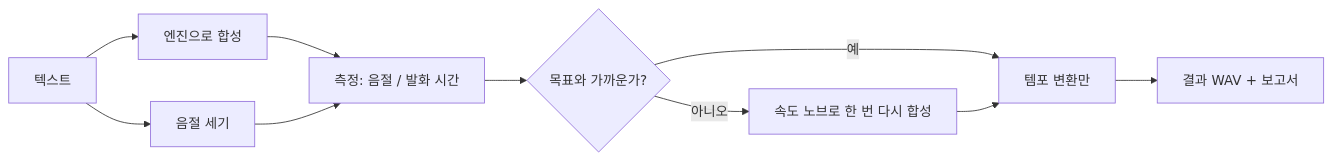
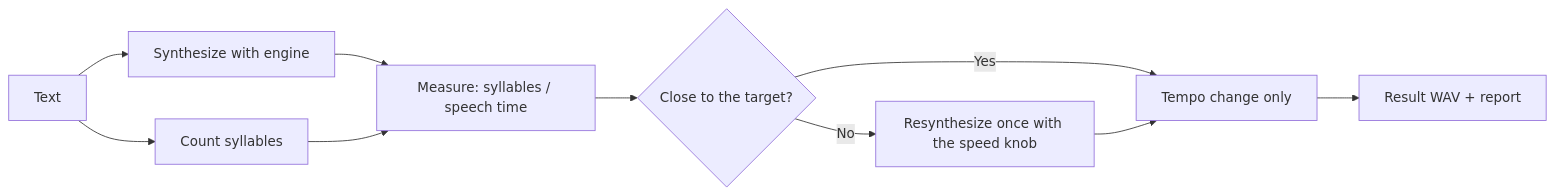
Before and after one commit to LeeGyeongPil/tts-pace: the diagram in README.md, drawn with Mermaid. The commit also changed other lines of this file and 2 other files, not shown here.

````diff
--- a/README.md
+++ b/README.md
@@ -64,12 +62,12 @@
 ```mermaid
 flowchart LR
-    T[텍스트] --> C[음절 세기]
-    T --> S[엔진으로 합성]
-    S --> M[측정: 음절 / 발화 시간]
+    T["Text"] --> C["Count syllables"]
+    T --> S["Synthesize with engine"]
+    S --> M["Measure: syllables / speech time"]
     C --> M
-    M --> D{목표와 가까운가?}
-    D -- 예 --> P[템포 변환만]
-    D -- 아니오 --> R[속도 노브로 한 번 다시 합성]
+    M --> D{"Close to the target?"}
+    D -- Yes --> P["Tempo change only"]
+    D -- No --> R["Resynthesize once with the speed knob"]
     R --> P
-    P --> O[결과 WAV + 보고서]
+    P --> O["Result WAV + report"]
 ```
````
